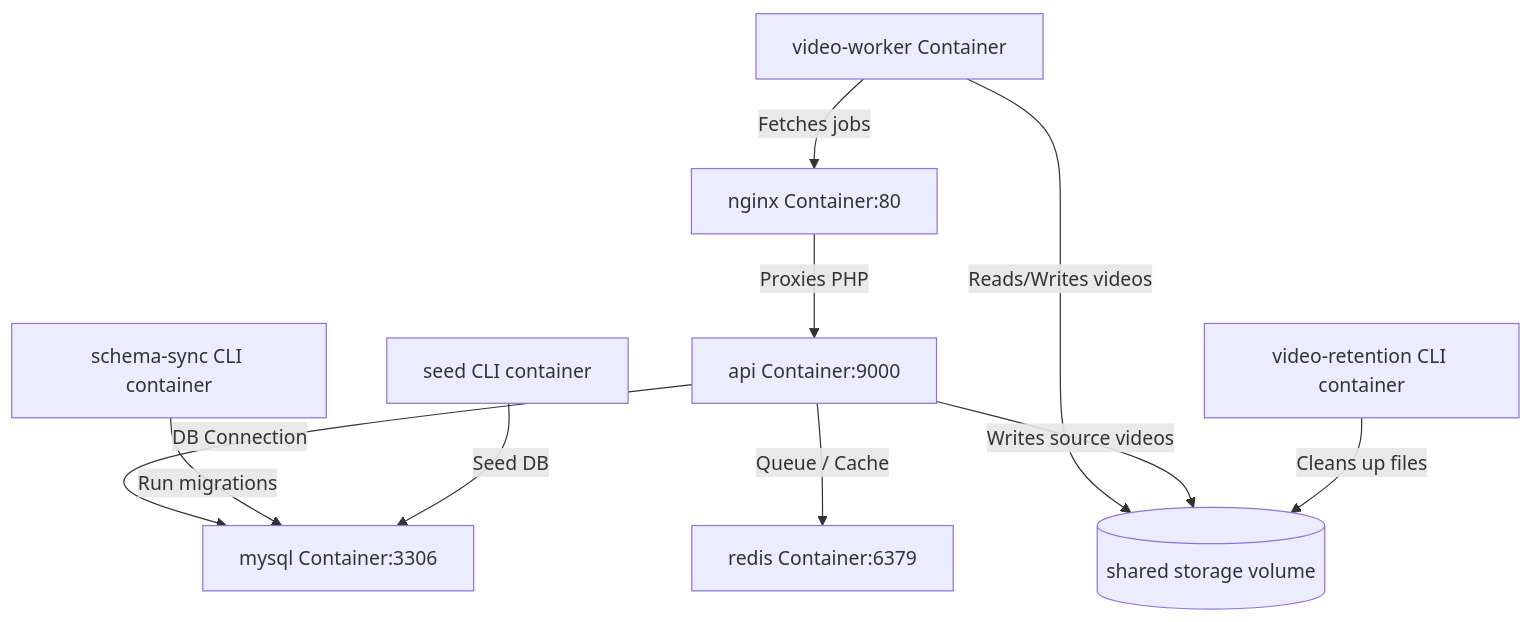
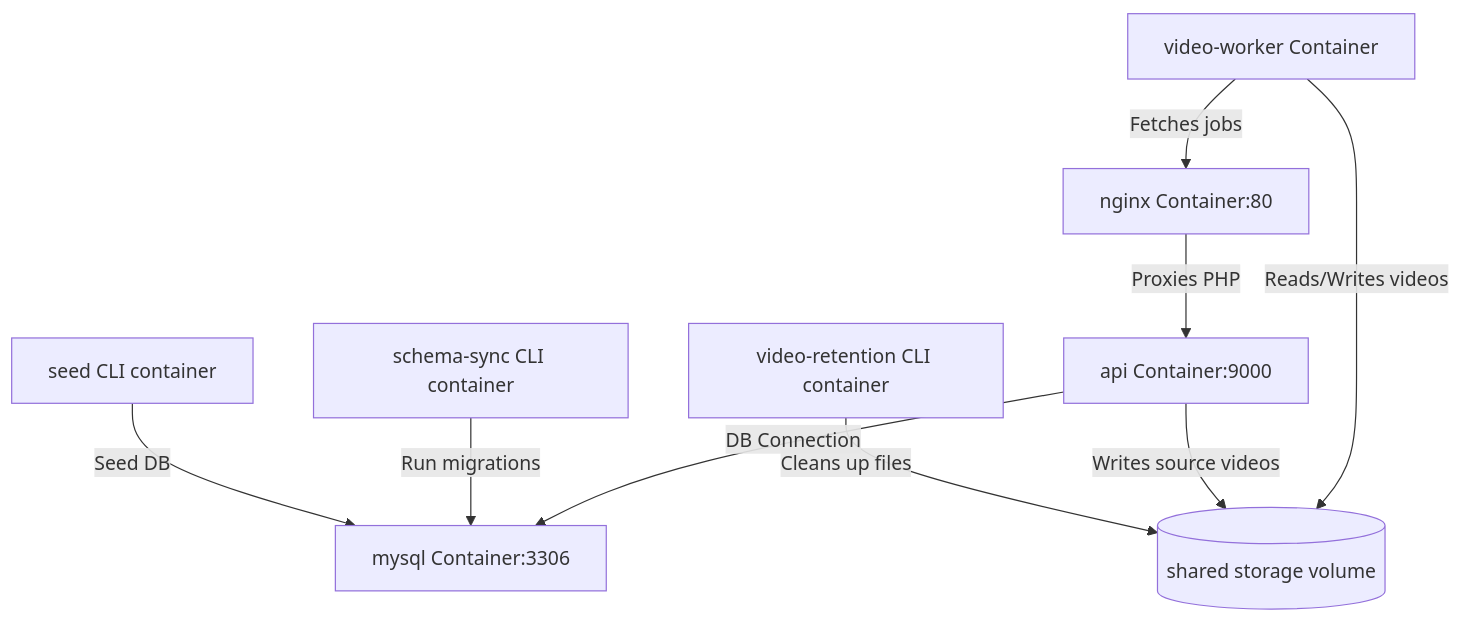
Before and after one commit to devshaaji/workeddy-app: the diagram in docs/superpowers/specs/2026-07-12-docker-setup-design.md, drawn with Mermaid. The commit also changed other lines of this file and 2 other files, not shown here.

Commit message:
removed redis

````diff
--- a/docs/superpowers/specs/2026-07-12-docker-setup-design.md
+++ b/docs/superpowers/specs/2026-07-12-docker-setup-design.md
@@ -13,15 +13,14 @@
 ```mermaid
 graph TD
     nginx[nginx Container:80] -->|Proxies PHP| api[api Container:9000]
     api -->|DB Connection| mysql[mysql Container:3306]
-    api -->|Queue / Cache| redis[redis Container:6379]
     
     schema-sync[schema-sync CLI container] -->|Run migrations| mysql
     seed[seed CLI container] -->|Seed DB| mysql
     
     video-worker[video-worker Container] -->|Fetches jobs| nginx
     video-worker -->|Reads/Writes videos| storage[(shared storage volume)]
     api -->|Writes source videos| storage
     
     video-retention[video-retention CLI container] -->|Cleans up files| storage
 ```
````
